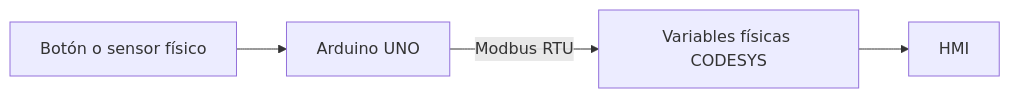
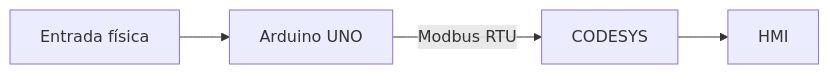
Before and after one commit to NicoGM76/RA3.2-Gemelo-Digital-Tanque: the second of 3 diagrams in WIKI.md, drawn with Mermaid. The commit also changed other lines of this file, not shown here.

````diff
--- a/WIKI.md
+++ b/WIKI.md
@@ -176,6 +138,6 @@
 ```mermaid
 flowchart LR
-    A[Botón o sensor físico] --> B[Arduino UNO]
-    B -->|Modbus RTU| C[Variables físicas CODESYS]
+    A[Entrada física] --> B[Arduino UNO]
+    B -->|Modbus RTU| C[CODESYS]
     C --> D[HMI]
 ```
````
